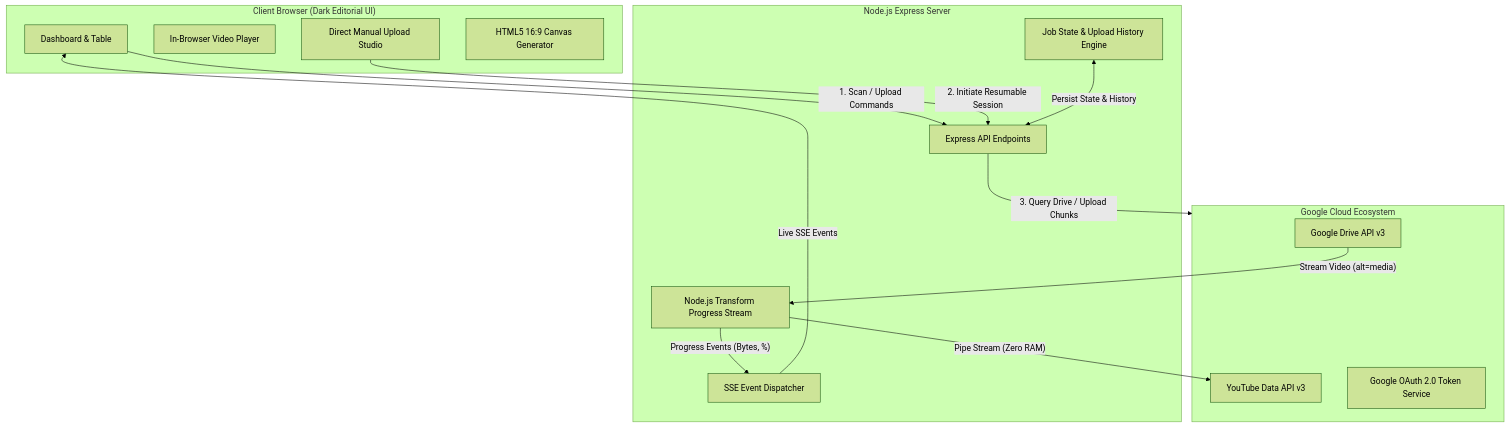
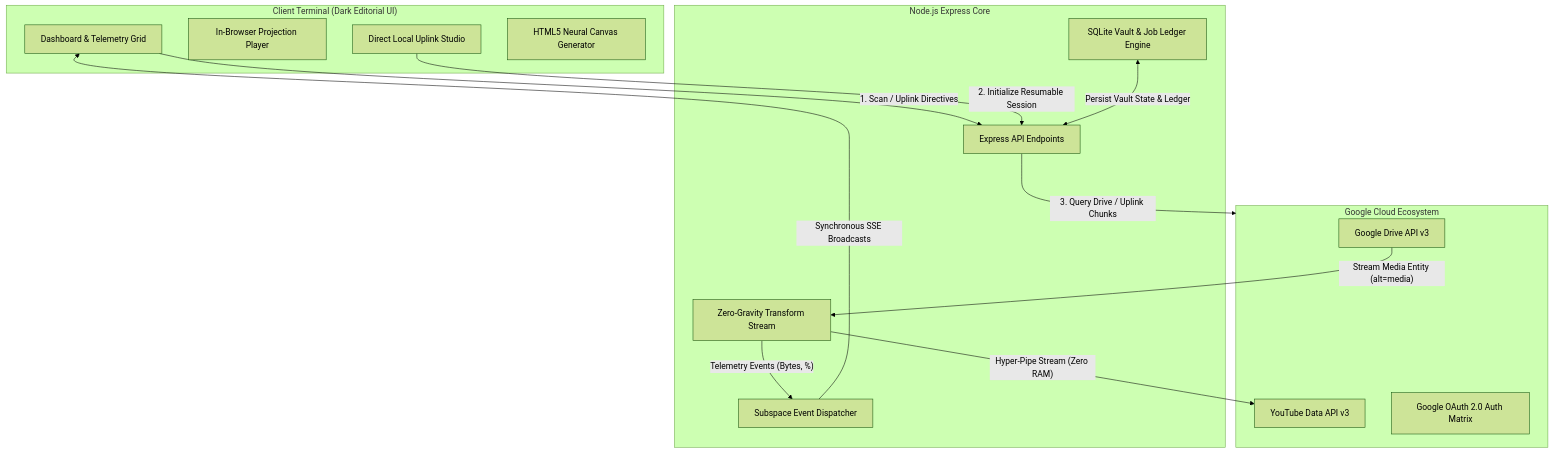
Before and after one commit to aniketpw/ytuploader: the first of 2 diagrams in README.md, drawn with Mermaid (forest theme). The commit also changed other lines of this file and 1 other file, not shown here.

Commit message:
docs: futuristic README and updated info modal for SQLite/Isolation features

````diff
--- a/README.md
+++ b/README.md
@@ -50,31 +53,31 @@
 ```mermaid
 flowchart TD
-    subgraph Client["Client Browser (Dark Editorial UI)"]
-        UI["Dashboard & Table"]
-        Player["In-Browser Video Player"]
-        Studio["Direct Manual Upload Studio"]
-        ThumbGen["HTML5 16:9 Canvas Generator"]
+    subgraph Client["Client Terminal (Dark Editorial UI)"]
+        UI["Dashboard & Telemetry Grid"]
+        Player["In-Browser Projection Player"]
+        Studio["Direct Local Uplink Studio"]
+        ThumbGen["HTML5 Neural Canvas Generator"]
     end
 
-    subgraph Server["Node.js Express Server"]
+    subgraph Server["Node.js Express Core"]
         Router["Express API Endpoints"]
-        SSEHub["SSE Event Dispatcher"]
-        TransformStream["Node.js Transform Progress Stream"]
-        StateEngine["Job State & Upload History Engine"]
+        SSEHub["Subspace Event Dispatcher"]
+        TransformStream["Zero-Gravity Transform Stream"]
+        StateEngine["SQLite Vault & Job Ledger Engine"]
     end
 
     subgraph GoogleAPIs["Google Cloud Ecosystem"]
         DriveAPI["Google Drive API v3"]
         YouTubeAPI["YouTube Data API v3"]
-        OAuthService["Google OAuth 2.0 Token Service"]
+        OAuthService["Google OAuth 2.0 Auth Matrix"]
     end
 
-    UI -->|"1. Scan / Upload Commands"| Router
-    Studio -->|"2. Initiate Resumable Session"| Router
-    Router -->|"3. Query Drive / Upload Chunks"| GoogleAPIs
-    DriveAPI -->|"Stream Video (alt=media)"| TransformStream
-    TransformStream -->|"Pipe Stream (Zero RAM)"| YouTubeAPI
-    TransformStream -->|"Progress Events (Bytes, %)"| SSEHub
-    SSEHub -->|"Live SSE Events"| UI
-    StateEngine <-->|"Persist State & History"| Router
+    UI -->|"1. Scan / Uplink Directives"| Router
+    Studio -->|"2. Initialize Resumable Session"| Router
+    Router -->|"3. Query Drive / Uplink Chunks"| GoogleAPIs
+    DriveAPI -->|"Stream Media Entity (alt=media)"| TransformStream
+    TransformStream -->|"Hyper-Pipe Stream (Zero RAM)"| YouTubeAPI
+    TransformStream -->|"Telemetry Events (Bytes, %)"| SSEHub
+    SSEHub -->|"Synchronous SSE Broadcasts"| UI
+    StateEngine <-->|"Persist Vault State & Ledger"| Router
 ```
````
